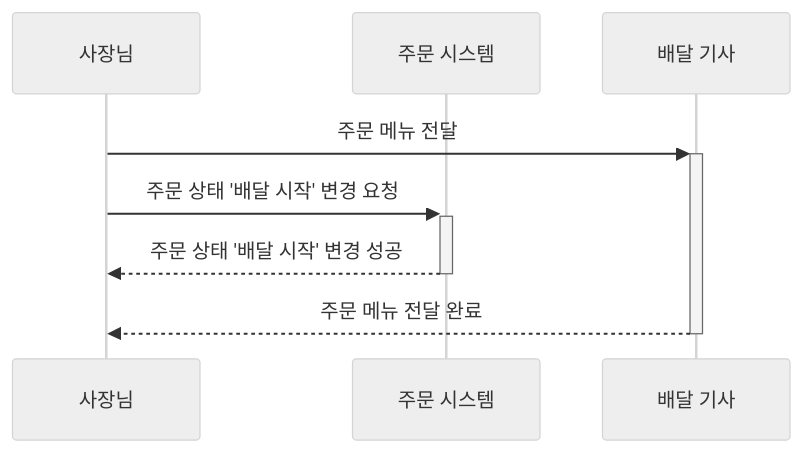
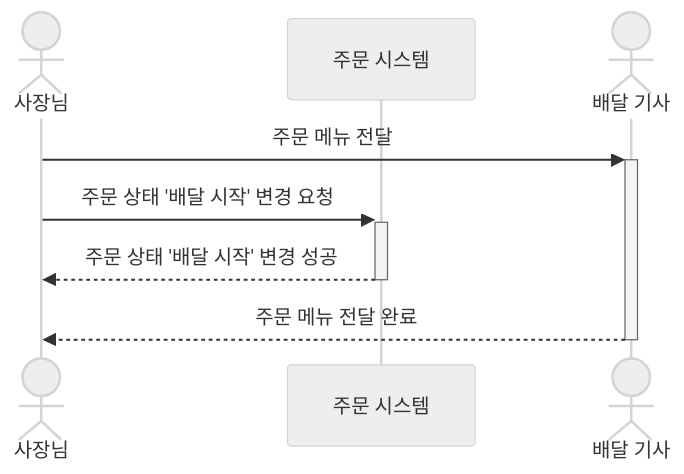
One commit to next-step/ddd-strategic-design changed diagram 12 of 33 in README.md. Above: the diagram before and after it, drawn with Mermaid (neutral theme). The commit also changed other lines of this file, not shown here.

````diff
--- a/README.md
+++ b/README.md
@@ -538,11 +538,11 @@
 ```mermaid
 sequenceDiagram
-    participant RestaurantOwner as 사장님
+    actor RestaurantOwner as 사장님
     participant System as 주문 시스템
-    participant DeliveryRider as 배달 기사
+    actor DeliveryRider as 배달 기사
     
     RestaurantOwner->>+DeliveryRider: 주문 메뉴 전달
     RestaurantOwner->>+System: 주문 상태 '배달 시작' 변경 요청 
     System-->>-RestaurantOwner: 주문 상태 '배달 시작' 변경 성공
     DeliveryRider-->>-RestaurantOwner: 주문 메뉴 전달 완료
 ```
````
